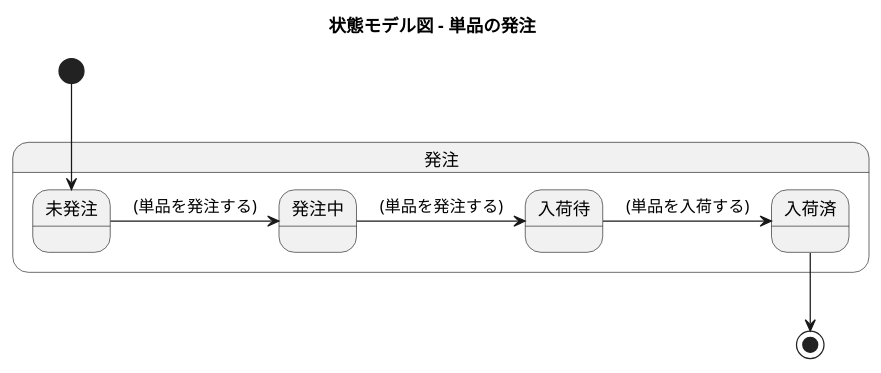
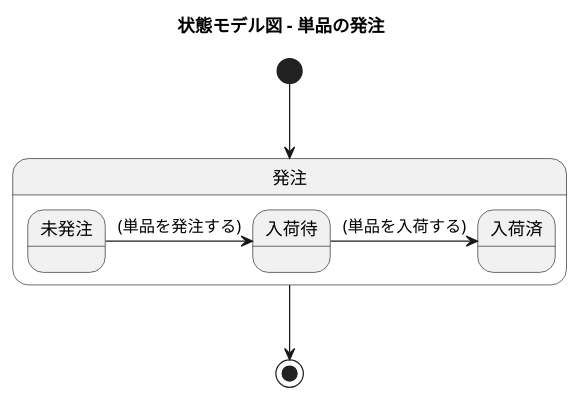
Before and after one commit to k2works/application_programing_excercise_2022: diagram 42 of 49 in docs/index.adoc, drawn with PlantUML. The commit also changed other lines of this file, not shown here.

```diff
--- a/docs/index.adoc
+++ b/docs/index.adoc
@@ -1372,20 +1387,18 @@
 [plantuml]
 ----
 @startuml
 
 title 状態モデル図 - 単品の発注
 
 state 発注 {
 state 未発注
-state 発注中
 state 入荷待
 state 入荷済
 }
 
-[*] --> 未発注
-未発注 -> 発注中: (単品を発注する)
-発注中 -> 入荷待: (単品を発注する)
+[*] --> 発注
+未発注 -> 入荷待: (単品を発注する)
 入荷待 -> 入荷済: (単品を入荷する)
-    入荷済 --> [*]
+発注 --> [*]
 @enduml
 ----
```
